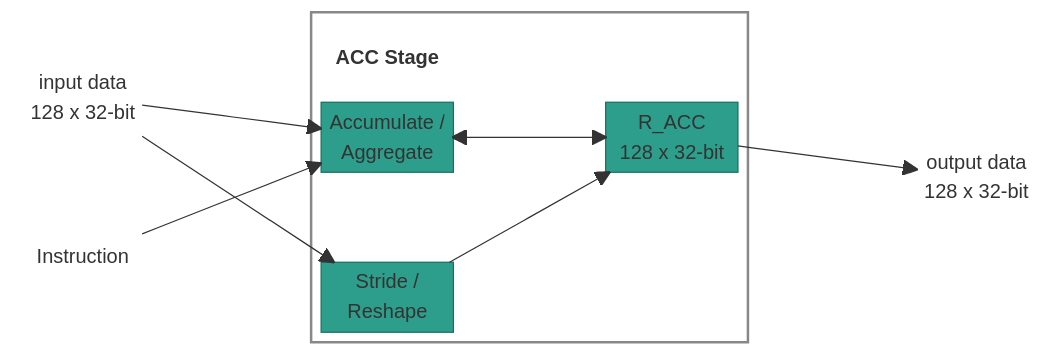
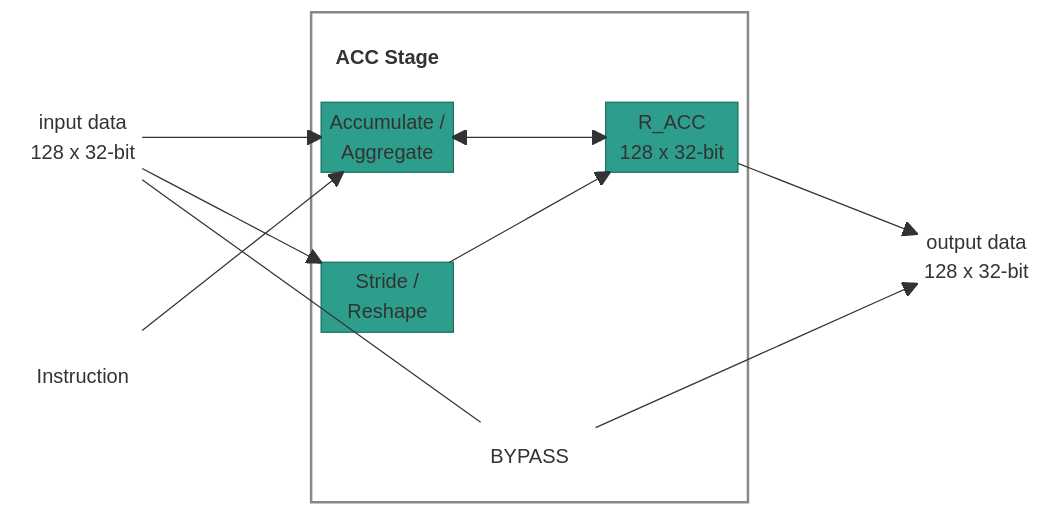
Before and after one commit to rechefe/ipu-emulator: the diagram in docs/content/specs/ARCH-stage-acc.md, drawn with Mermaid. The commit also changed other lines of this file and 2 other files, not shown here.

````diff
--- a/docs/content/specs/ARCH-stage-acc.md
+++ b/docs/content/specs/ARCH-stage-acc.md
@@ -37,37 +40,41 @@
 ```mermaid
 block-beta
     columns 7
     block:INS:1
         columns 1
         IN_DATA["input data<br>128 x 32-bit"]
         INSTR["Instruction"]
     end
     space
     block:STAGE:3
         columns 3
         TITLE["ACC Stage"] space:2
         ALU["Accumulate /<br>Aggregate"] space RACC["R_ACC<br>128 x 32-bit"]
         space:3
         PERM["Stride /<br>Reshape"] space:2
+        space:3
+        space BYP["BYPASS"] space
     end
     space
     block:OUTS:1
         columns 1
         OUT_DATA["output data<br>128 x 32-bit"]
     end
 
     IN_DATA --> ALU
     IN_DATA --> PERM
     INSTR --> ALU
     ALU <--> RACC
     PERM --> RACC
     RACC --> OUT_DATA
+    IN_DATA --- BYP
+    BYP --> OUT_DATA
 
     classDef io fill:none,stroke:none
     classDef blk fill:#2e9e8c,stroke:#1a7060,color:#fff
     classDef title fill:none,stroke:none,font-weight:bold
-    class IN_DATA,INSTR,OUT_DATA,INS,OUTS io
+    class IN_DATA,INSTR,OUT_DATA,INS,OUTS,BYP io
     class ALU,RACC,PERM blk
     class TITLE title
     style STAGE fill:none,stroke:#888,stroke-width:2px
 ```
````
